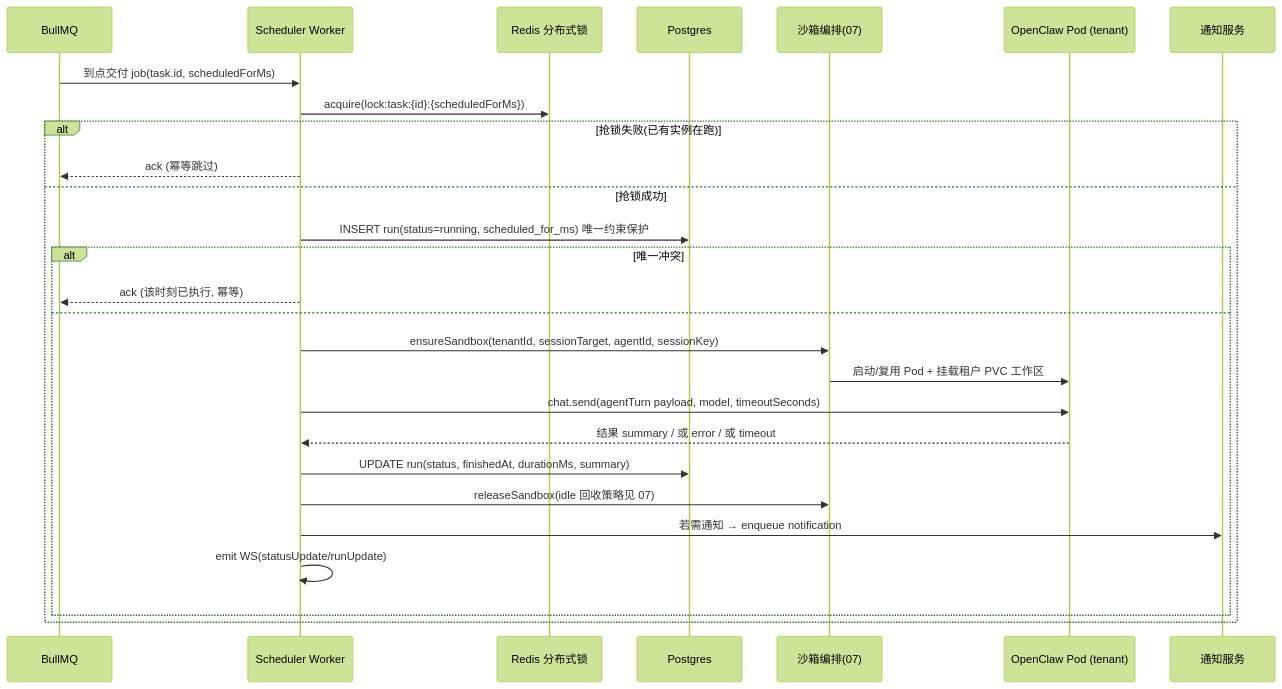
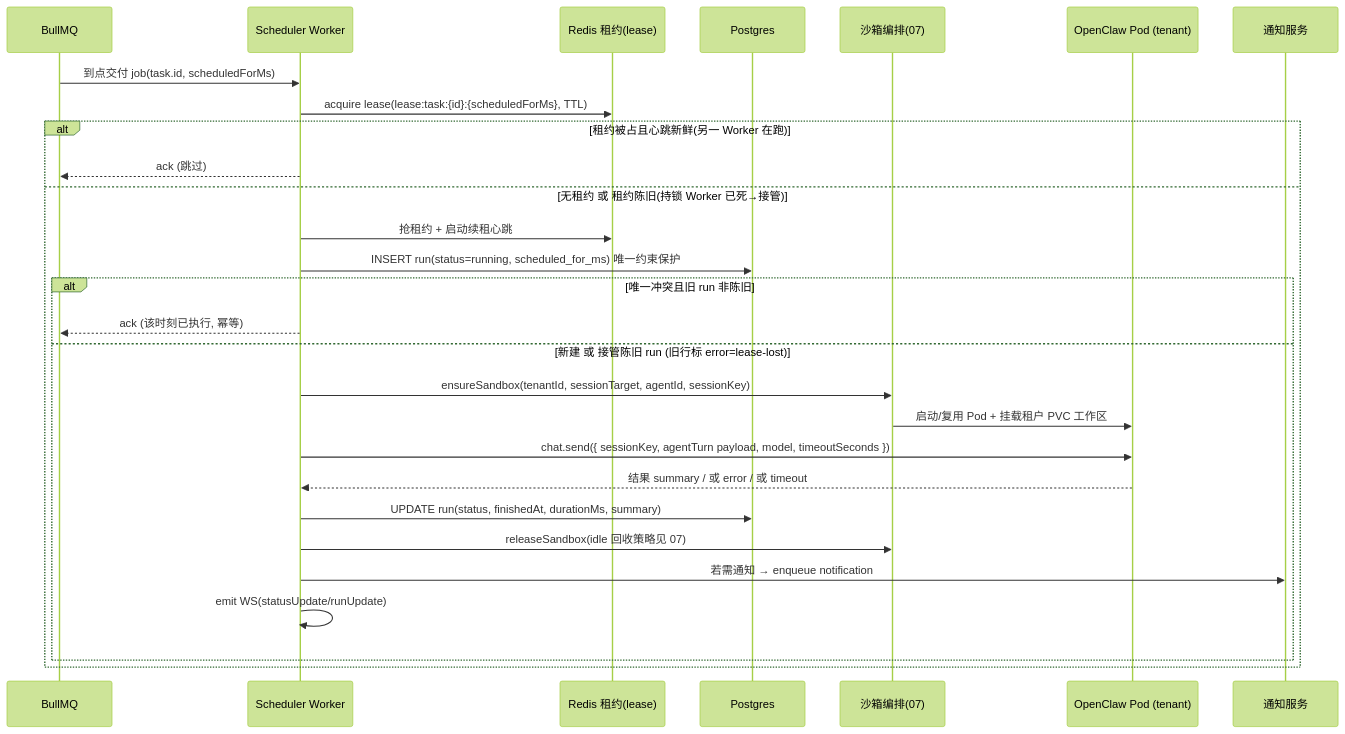
Before and after one commit to edward-ng-duke/LobsterAI: the fourth of 6 diagrams in 改造计划/11-定时任务调度.md, drawn with Mermaid (forest theme). The commit also changed other lines of this file and 22 other files, not shown here.

````diff
--- a/改造计划/11-定时任务调度.md
+++ b/改造计划/11-定时任务调度.md
@@ -330,30 +342,31 @@
 ```mermaid
 sequenceDiagram
     participant Q as BullMQ
     participant W as Scheduler Worker
-    participant Lock as Redis 分布式锁
+    participant Lock as Redis 租约(lease)
     participant PG as Postgres
     participant Orch as 沙箱编排(07)
     participant Pod as OpenClaw Pod (tenant)
     participant N as 通知服务
 
     Q->>W: 到点交付 job(task.id, scheduledForMs)
-    W->>Lock: acquire(lock:task:{id}:{scheduledForMs})
-    alt 抢锁失败(已有实例在跑)
-        W-->>Q: ack (幂等跳过)
-    else 抢锁成功
+    W->>Lock: acquire lease(lease:task:{id}:{scheduledForMs}, TTL)
+    alt 租约被占且心跳新鲜(另一 Worker 在跑)
+        W-->>Q: ack (跳过)
+    else 无租约 或 租约陈旧(持锁 Worker 已死→接管)
+        W->>Lock: 抢租约 + 启动续租心跳
         W->>PG: INSERT run(status=running, scheduled_for_ms) 唯一约束保护
-        alt 唯一冲突
+        alt 唯一冲突且旧 run 非陈旧
             W-->>Q: ack (该时刻已执行, 幂等)
-        else
+        else 新建 或 接管陈旧 run (旧行标 error=lease-lost)
             W->>Orch: ensureSandbox(tenantId, sessionTarget, agentId, sessionKey)
             Orch->>Pod: 启动/复用 Pod + 挂载租户 PVC 工作区
-            W->>Pod: chat.send(agentTurn payload, model, timeoutSeconds)
+            W->>Pod: chat.send({ sessionKey, agentTurn payload, model, timeoutSeconds })
             Pod-->>W: 结果 summary / 或 error / 或 timeout
             W->>PG: UPDATE run(status, finishedAt, durationMs, summary)
             W->>Orch: releaseSandbox(idle 回收策略见 07)
             W->>N: 若需通知 → enqueue notification
             W->>W: emit WS(statusUpdate/runUpdate)
         end
     end
 ```
````
